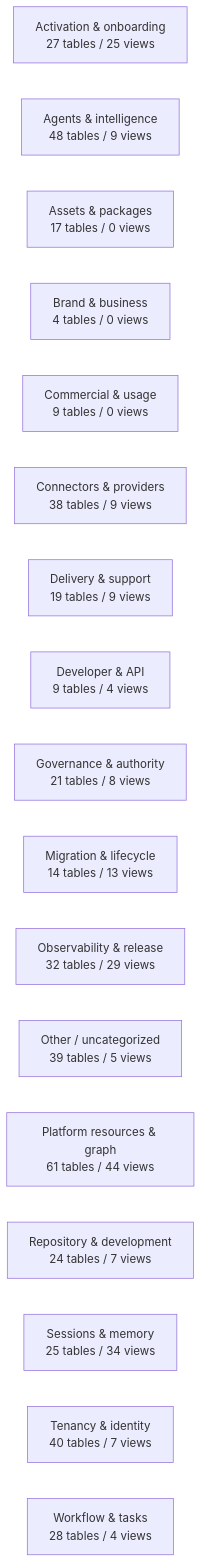
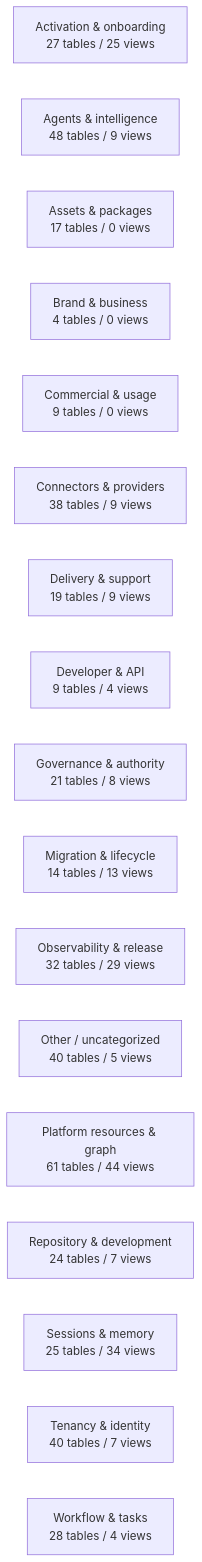
The diagram in docs/work-maps/data-model-domain-map.md (mad4bdigital-ai/multi-business-multi-role-growth-intelligence-os), drawn with Mermaid before and after one commit. The commit also changed other lines of this file and 3 other files, not shown here.

````diff
--- a/docs/work-maps/data-model-domain-map.md
+++ b/docs/work-maps/data-model-domain-map.md
@@ -9,20 +9,20 @@
 ```mermaid
 flowchart LR
   n_Activation___onboarding["Activation & onboarding<br/>27 tables / 25 views"]
   n_Agents___intelligence["Agents & intelligence<br/>48 tables / 9 views"]
   n_Assets___packages["Assets & packages<br/>17 tables / 0 views"]
   n_Brand___business["Brand & business<br/>4 tables / 0 views"]
   n_Commercial___usage["Commercial & usage<br/>9 tables / 0 views"]
   n_Connectors___providers["Connectors & providers<br/>38 tables / 9 views"]
   n_Delivery___support["Delivery & support<br/>19 tables / 9 views"]
   n_Developer___API["Developer & API<br/>9 tables / 4 views"]
   n_Governance___authority["Governance & authority<br/>21 tables / 8 views"]
   n_Migration___lifecycle["Migration & lifecycle<br/>14 tables / 13 views"]
   n_Observability___release["Observability & release<br/>32 tables / 29 views"]
-  n_Other___uncategorized["Other / uncategorized<br/>39 tables / 5 views"]
+  n_Other___uncategorized["Other / uncategorized<br/>40 tables / 5 views"]
   n_Platform_resources___graph["Platform resources & graph<br/>61 tables / 44 views"]
   n_Repository___development["Repository & development<br/>24 tables / 7 views"]
   n_Sessions___memory["Sessions & memory<br/>25 tables / 34 views"]
   n_Tenancy___identity["Tenancy & identity<br/>40 tables / 7 views"]
   n_Workflow___tasks["Workflow & tasks<br/>28 tables / 4 views"]
 ```
````
